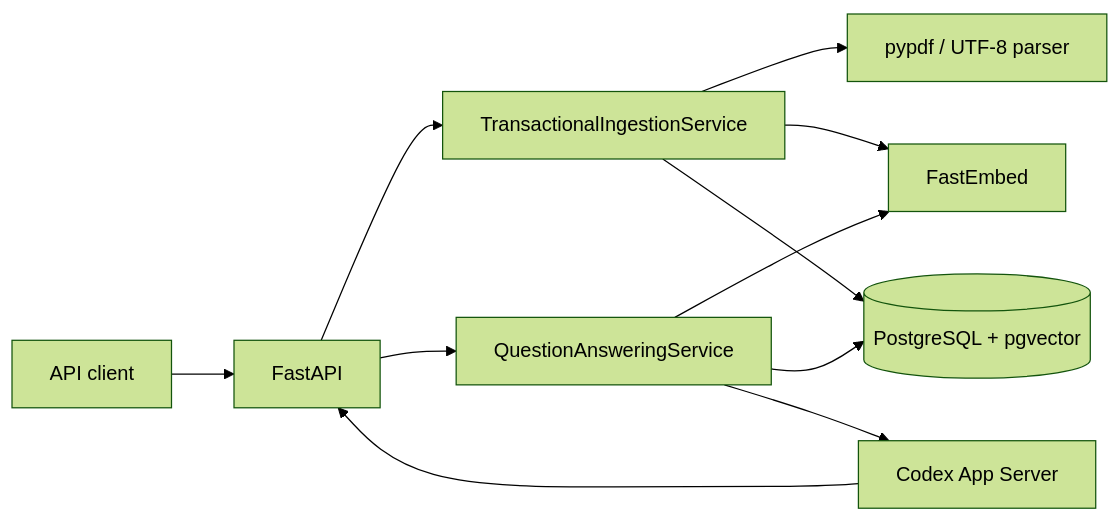
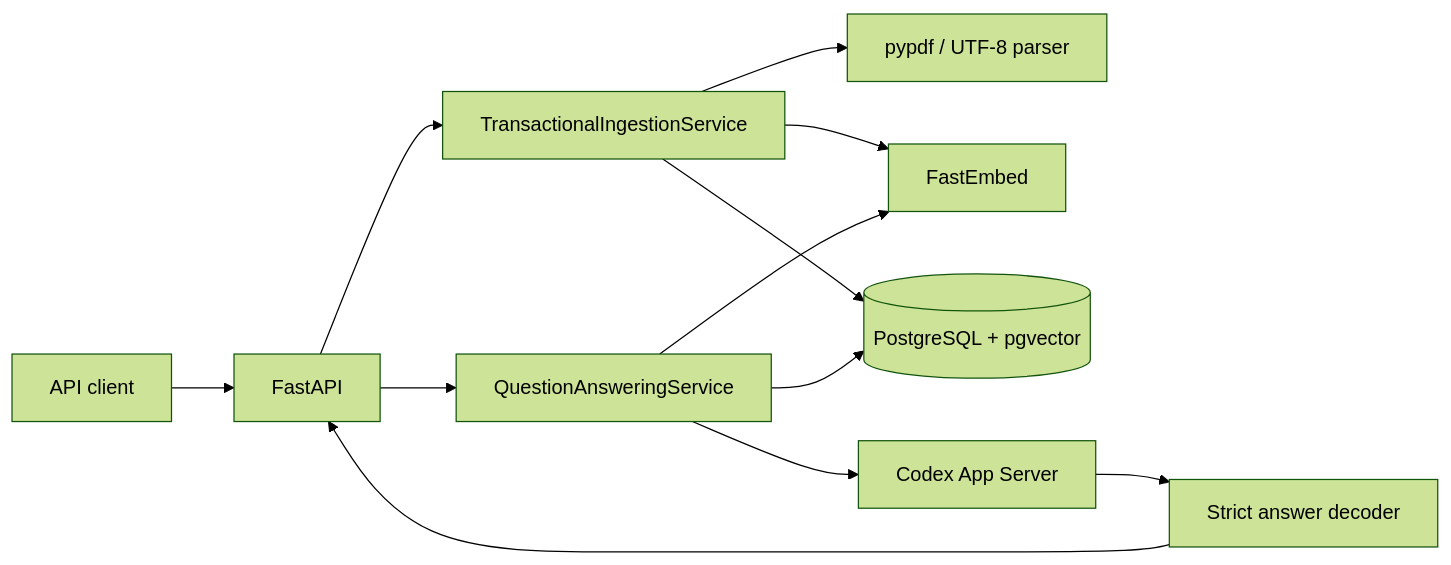
One commit to procloudkim/2026-OfficeAgent changed the diagram in ARCHITECTURE.md. Above: the diagram before and after it, drawn with Mermaid (forest theme). The commit also changed other lines of this file and 20 other files, not shown here.

````diff
--- a/ARCHITECTURE.md
+++ b/ARCHITECTURE.md
@@ -26,13 +26,14 @@
 ```mermaid
 flowchart LR
     C["API client"] --> A["FastAPI"]
     A --> I["TransactionalIngestionService"]
     I --> P["pypdf / UTF-8 parser"]
     I --> E["FastEmbed"]
     I --> D[("PostgreSQL + pgvector")]
     A --> Q["QuestionAnsweringService"]
     Q --> E
     Q --> D
     Q --> L["Codex App Server"]
-    L --> A
+    L --> S["Strict answer decoder"]
+    S --> A
 ```
````
